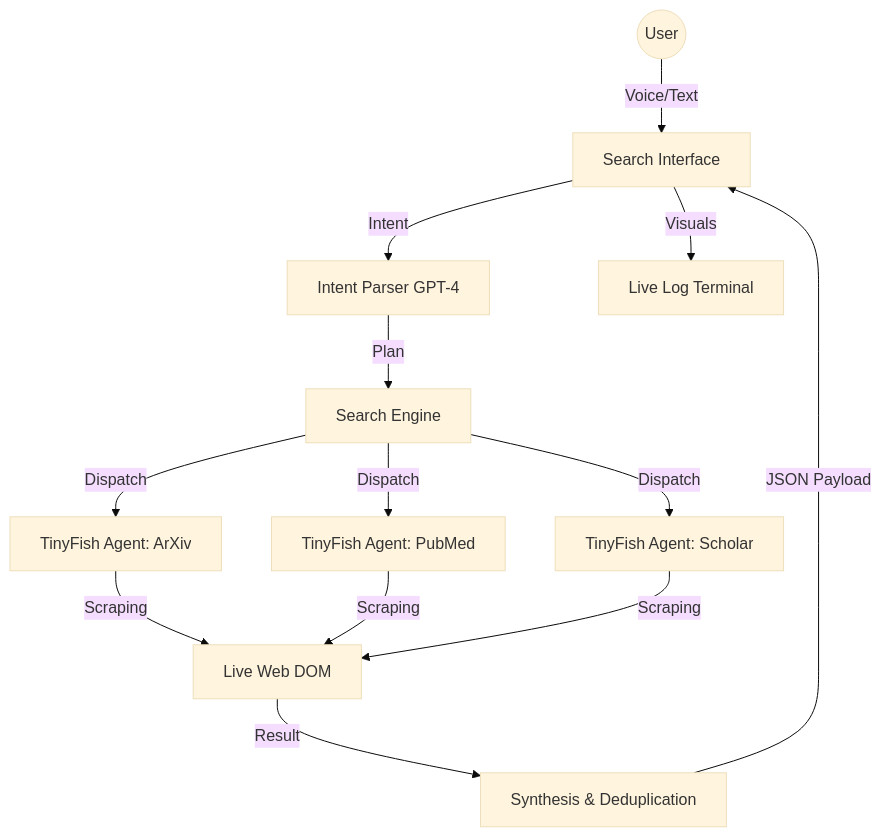
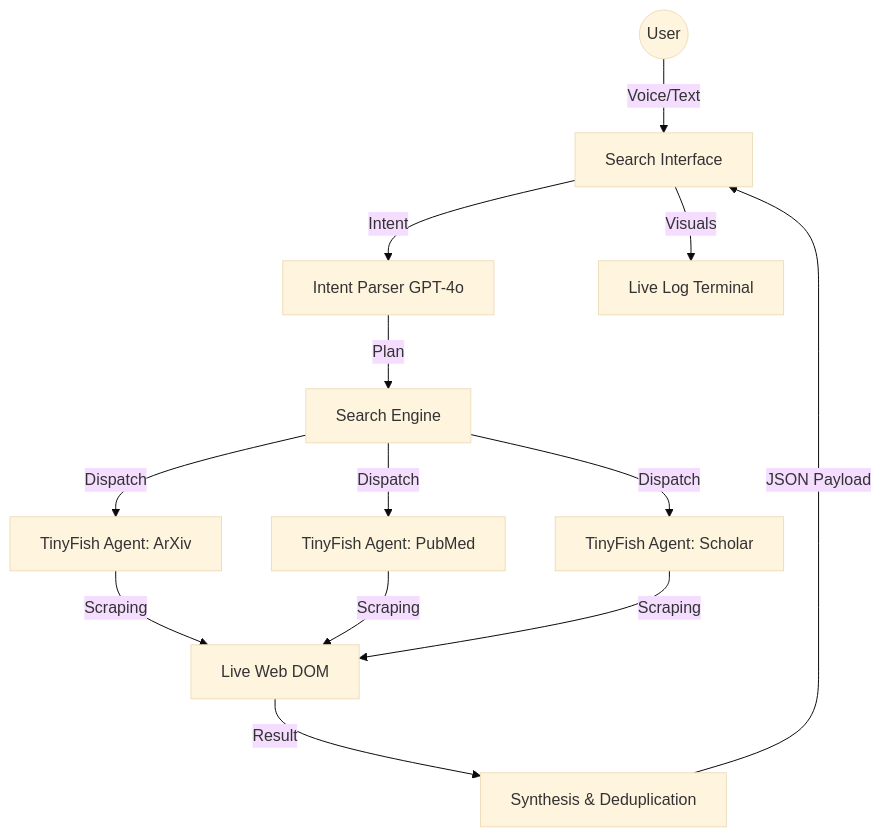
Before and after one commit to tinyfish-io/TinyFish-cookbook: the diagram in research-sentry/README.md, drawn with Mermaid (base theme). The commit also changed other lines of this file and 68 other files, not shown here.

````diff
--- a/research-sentry/README.md
+++ b/research-sentry/README.md
@@ -37,15 +162,15 @@
 ```mermaid
 graph TD
   User((User)) -->|Voice/Text| UI[Search Interface]
-  UI -->|Intent| Parser[Intent Parser GPT-4]
+  UI -->|Intent| Parser[Intent Parser GPT-4o]
   Parser -->|Plan| Engine[Search Engine]
   Engine -->|Dispatch| Agent1[TinyFish Agent: ArXiv]
   Engine -->|Dispatch| Agent2[TinyFish Agent: PubMed]
   Engine -->|Dispatch| Agent3[TinyFish Agent: Scholar]
   Agent1 -->|Scraping| Web[Live Web DOM]
   Agent2 -->|Scraping| Web
   Agent3 -->|Scraping| Web
   Web -->|Result| Aggregator[Synthesis & Deduplication]
   Aggregator -->|JSON Payload| UI
   UI -->|Visuals| Terminal[Live Log Terminal]
 ```
````
